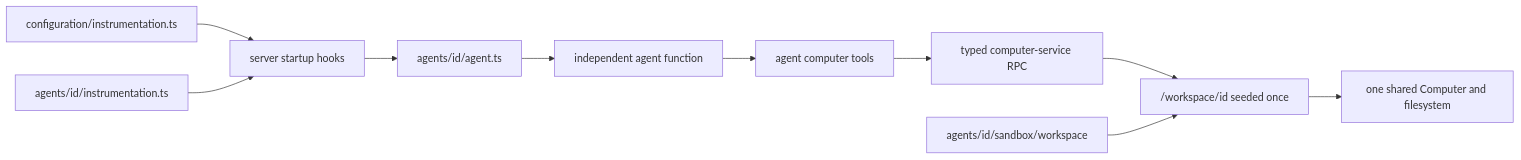
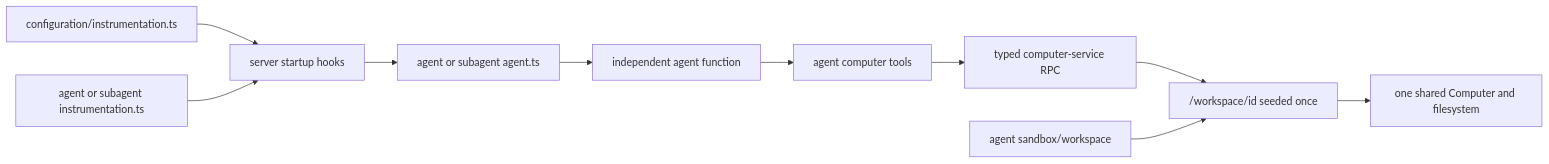
The diagram in docs/adrs/0011-eve-compatible-agent-layout.md (trytilde/dispatch), drawn with Mermaid before and after one commit. The commit also changed other lines of this file and 138 other files, not shown here.

````diff
--- a/docs/adrs/0011-eve-compatible-agent-layout.md
+++ b/docs/adrs/0011-eve-compatible-agent-layout.md
@@ -68,12 +76,12 @@
 ```mermaid
 flowchart LR
   G["configuration/instrumentation.ts"] --> H["server startup hooks"]
-  A["agents/id/instrumentation.ts"] --> H
-  H --> E["agents/id/agent.ts"]
+  A["agent or subagent instrumentation.ts"] --> H
+  H --> E["agent or subagent agent.ts"]
   E --> F["independent agent function"]
   F --> T["agent computer tools"]
   T --> C["typed computer-service RPC"]
   C --> U
-  W["agents/id/sandbox/workspace"] --> U["/workspace/id seeded once"]
+  W["agent sandbox/workspace"] --> U["/workspace/id seeded once"]
   U --> S["one shared Computer and filesystem"]
 ```
````
